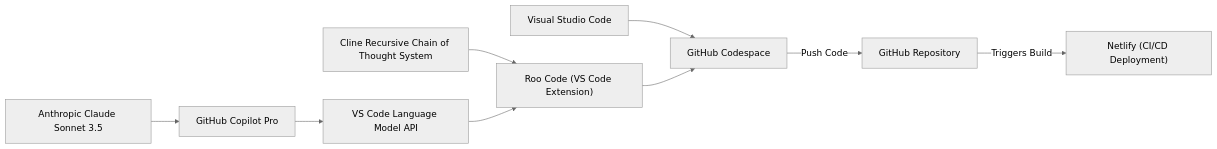
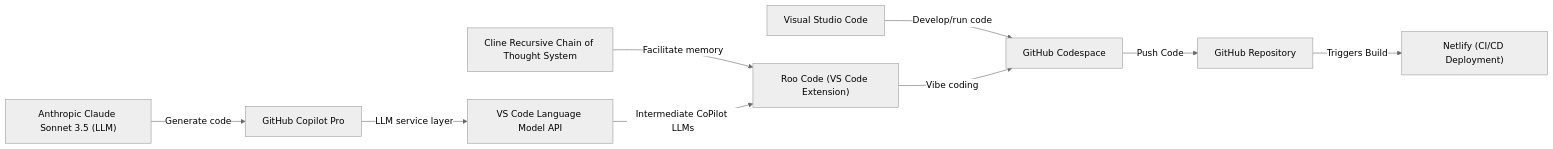
The diagram in README.md (RickRinewalt/pipeline), drawn with Mermaid (neutral theme) before and after one commit.

````diff
--- a/README.md
+++ b/README.md
@@ -16,21 +16,22 @@
 ```mermaid
 graph LR
     vscode[Visual Studio Code]
     codespace[GitHub Codespace]
     github["GitHub Repository"]
     roo["Roo Code (VS Code Extension)"]
     crct["Cline Recursive Chain of Thought System"]
     github_copilot[GitHub Copilot Pro]
     vscode_lmapi[VS Code Language Model API]
-    sonnet["Anthropic Claude Sonnet 3.5"]
+    sonnet["Anthropic Claude Sonnet 3.5 (LLM)"]
     netlify["Netlify (CI/CD Deployment)"]
 
-    vscode --> codespace
-    codespace -->|Push Code| github
-    roo --> codespace
-    crct --> roo
-    github_copilot --> vscode_lmapi
-    vscode_lmapi --> roo
-    sonnet --> github_copilot
-    github -->|Triggers Build| netlify
+    github --> |Triggers Build| netlify
+    codespace --> |Push Code| github
+    vscode --> |Develop/run code| codespace
+    roo --> |Vibe coding| codespace
+    crct --> |Facilitate memory| roo
+    vscode_lmapi --> |Intermediate CoPilot LLMs| roo
+    github_copilot --> |LLM service layer| vscode_lmapi
+    sonnet --> |Generate code| github_copilot
+    
 ```
````
